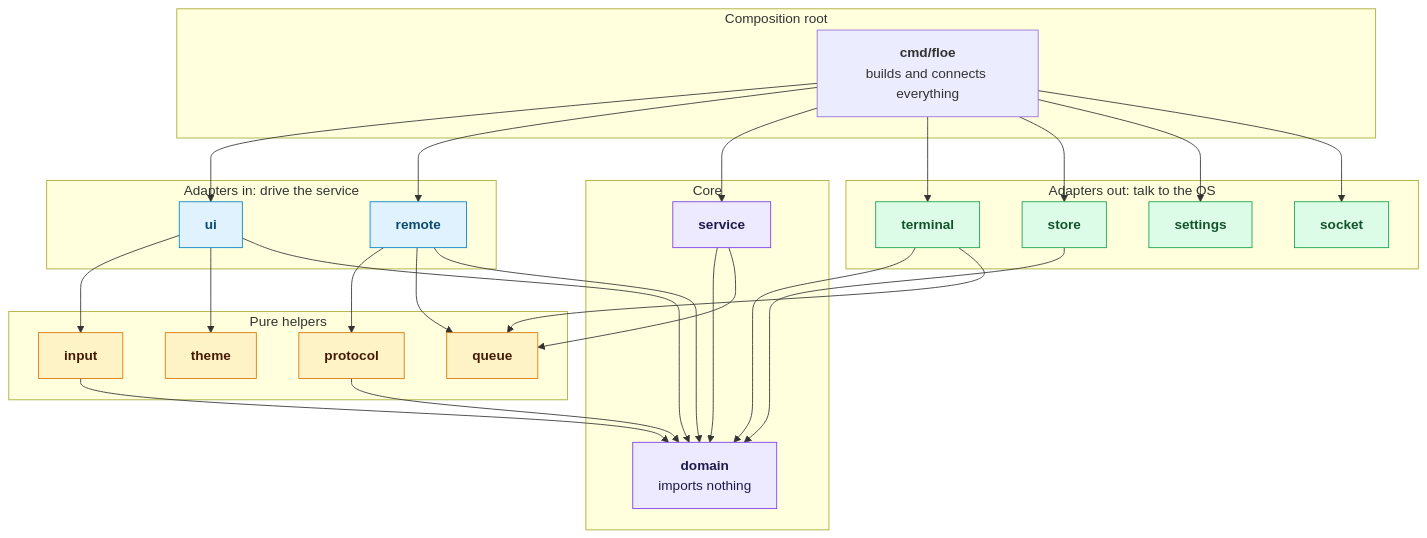
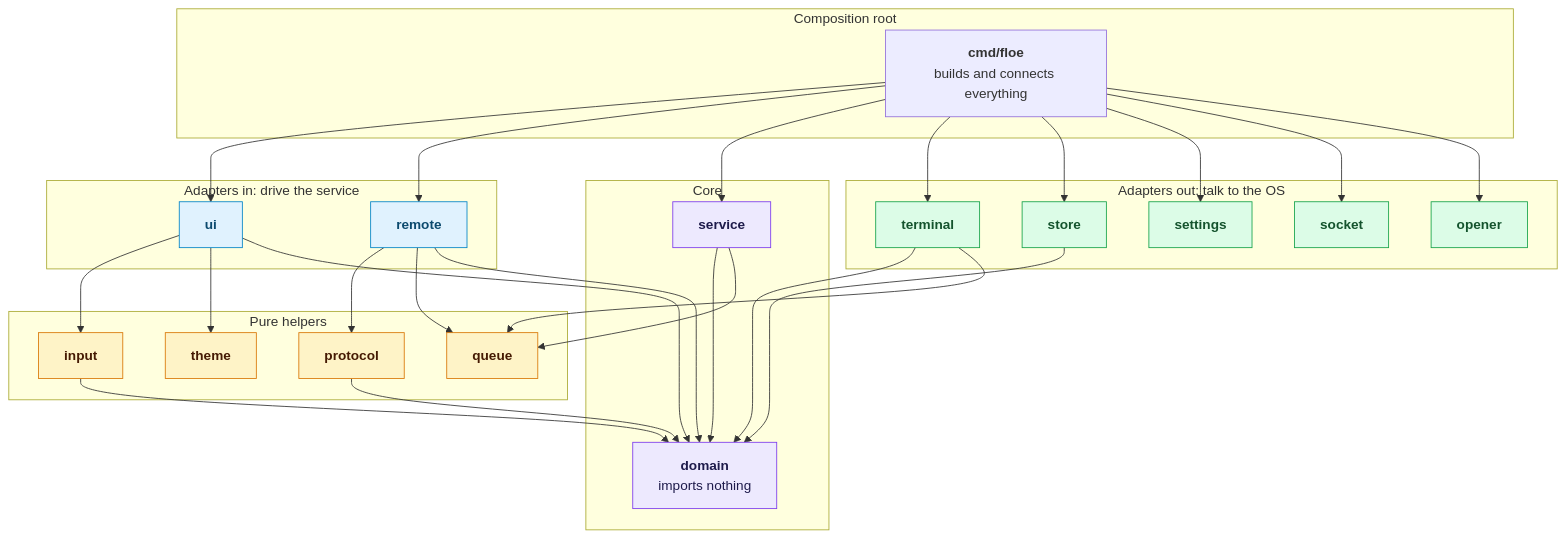
One commit to thomassbooth/floe changed the second of 3 diagrams in ARCHITECTURE.md. Above: the diagram before and after it, drawn with Mermaid. The commit also changed other lines of this file and 21 other files, not shown here.

````diff
--- a/ARCHITECTURE.md
+++ b/ARCHITECTURE.md
@@ -51,48 +53,49 @@
 ```mermaid
 flowchart TB
     subgraph root["Composition root"]
         cmd["<b>cmd/floe</b><br/>builds and connects everything"]
     end
 
     subgraph adaptersIn["Adapters in: drive the service"]
         ui["<b>ui</b>"]
         remote["<b>remote</b>"]
     end
 
     subgraph adaptersOut["Adapters out: talk to the OS"]
         terminal["<b>terminal</b>"]
         store["<b>store</b>"]
         settings["<b>settings</b>"]
         socket["<b>socket</b>"]
+        opener["<b>opener</b>"]
     end
 
     subgraph core["Core"]
         service["<b>service</b>"]
         domain["<b>domain</b><br/>imports nothing"]
     end
 
     subgraph helpers["Pure helpers"]
         protocol["<b>protocol</b>"]
         input["<b>input</b>"]
         theme["<b>theme</b>"]
         queue["<b>queue</b>"]
     end
 
-    cmd --> ui & remote & service & terminal & store & settings & socket
+    cmd --> ui & remote & service & terminal & store & settings & socket & opener
     ui --> input & theme & domain
     remote --> protocol & queue & domain
     terminal --> domain & queue
     store --> domain
     service --> domain & queue
     protocol --> domain
     input --> domain
 
     classDef coreStyle fill:#ede9fe,stroke:#7c3aed,color:#1e1b4b
     classDef inStyle fill:#e0f2fe,stroke:#0284c7,color:#0c4a6e
     classDef outStyle fill:#dcfce7,stroke:#16a34a,color:#14532d
     classDef helperStyle fill:#fef3c7,stroke:#d97706,color:#451a03
     class service,domain coreStyle
     class ui,remote inStyle
-    class terminal,store,settings,socket outStyle
+    class terminal,store,settings,socket,opener outStyle
     class protocol,input,theme,queue helperStyle
 ```
````
